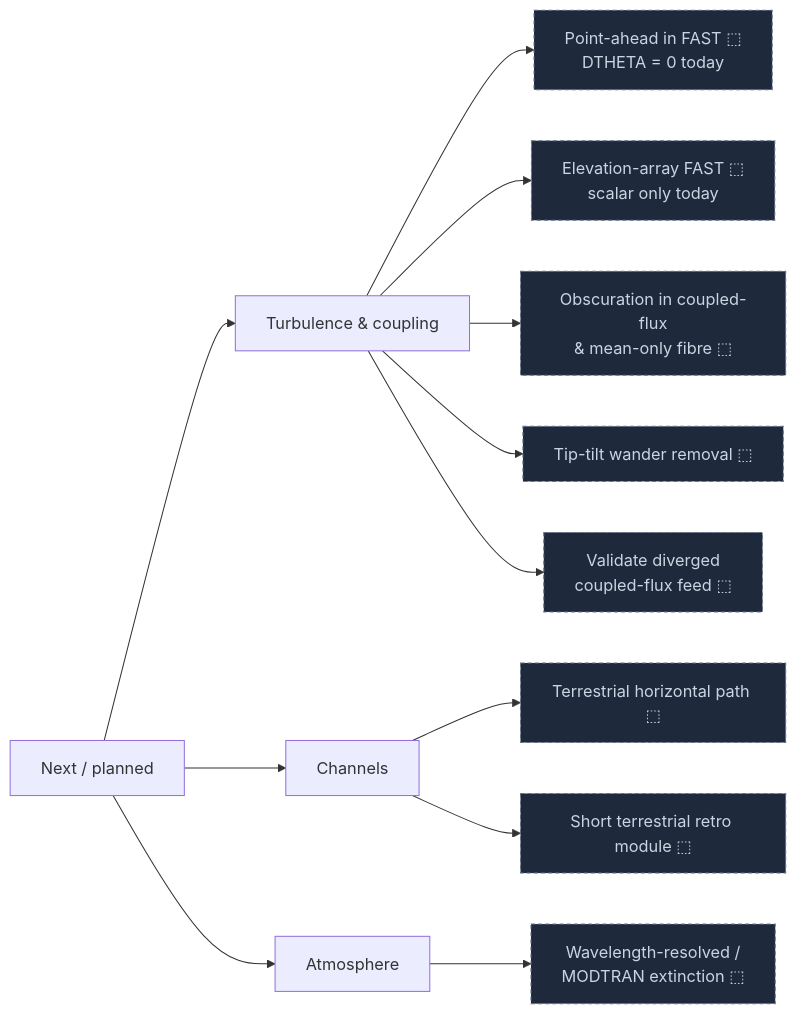
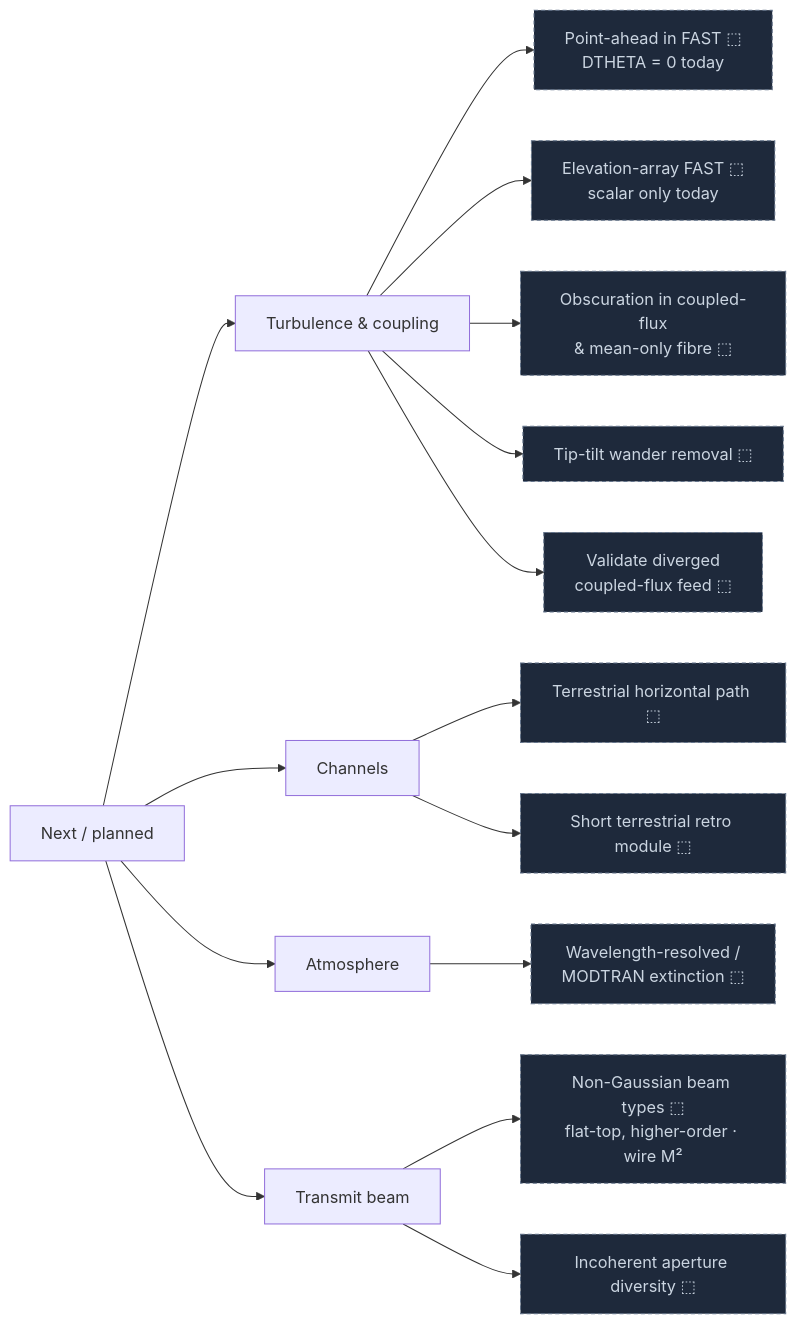
One commit to bigfraw/optical_link_budget changed the fourth of 4 diagrams in README.md. Above: the diagram before and after it, drawn with Mermaid. The commit also changed other lines of this file, not shown here.

Commit message:
Fix README Quickstart to the Terminal/Scenario API; add branching roadmap with fidelity ladder

````diff
--- a/README.md
+++ b/README.md
@@ -162,20 +170,24 @@
 ```mermaid
 flowchart LR
   N["Next / planned"]
 
   N --> NT["Turbulence & coupling"]
   NT --> NT1["Point-ahead in FAST ⬚<br/>DTHETA = 0 today"]:::planned
   NT --> NT2["Elevation-array FAST ⬚<br/>scalar only today"]:::planned
   NT --> NT3["Obscuration in coupled-flux<br/>& mean-only fibre ⬚"]:::planned
   NT --> NT4["Tip-tilt wander removal ⬚"]:::planned
   NT --> NT5["Validate diverged<br/>coupled-flux feed ⬚"]:::planned
 
   N --> NC["Channels"]
   NC --> NC1["Terrestrial horizontal path ⬚"]:::planned
   NC --> NC2["Short terrestrial retro module ⬚"]:::planned
 
   N --> NA["Atmosphere"]
   NA --> NA1["Wavelength-resolved /<br/>MODTRAN extinction ⬚"]:::planned
 
+  N --> NTX["Transmit beam"]
+  NTX --> NTX1["Non-Gaussian beam types ⬚<br/>flat-top, higher-order · wire M²"]:::planned
+  NTX --> NTX2["Incoherent aperture diversity ⬚"]:::planned
+
   classDef planned fill:#1e293b,color:#cbd5e1,stroke:#64748b,stroke-dasharray:4 3;
 ```
````
